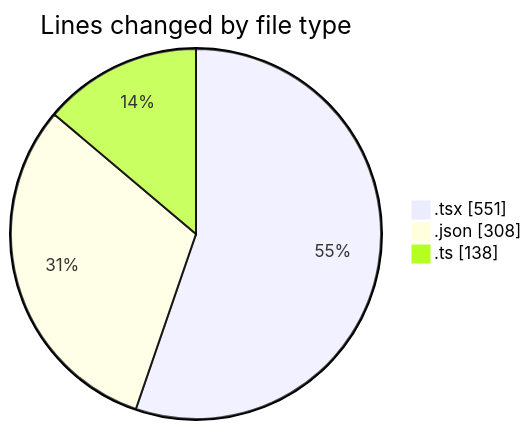
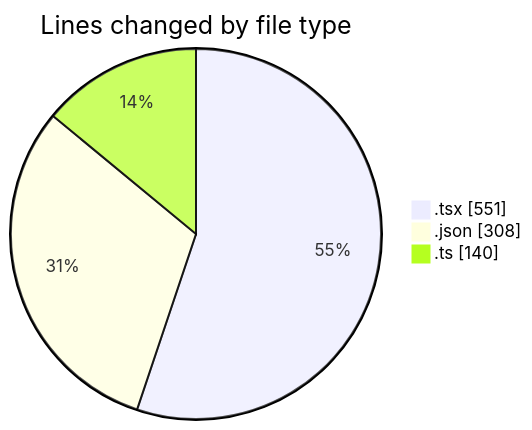
One commit to Elitesun/code-tracking changed the first of 2 diagrams in 2025-04-30/niten/README.md. Above: the diagram before and after it, drawn with Mermaid. The commit also changed other lines of this file and 1 other file, not shown here.

````diff
--- a/2025-04-30/niten/README.md
+++ b/2025-04-30/niten/README.md
@@ -39,7 +39,7 @@
 ```mermaid
 pie showData
 title Lines changed by file type
 ".tsx" : 551
 ".json" : 308
-".ts" : 138
+".ts" : 140
 ```
````
